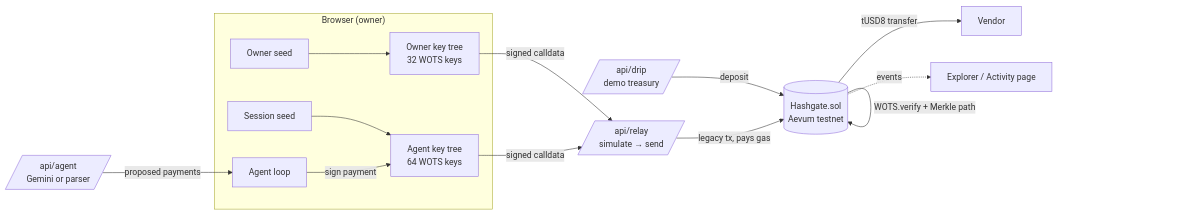
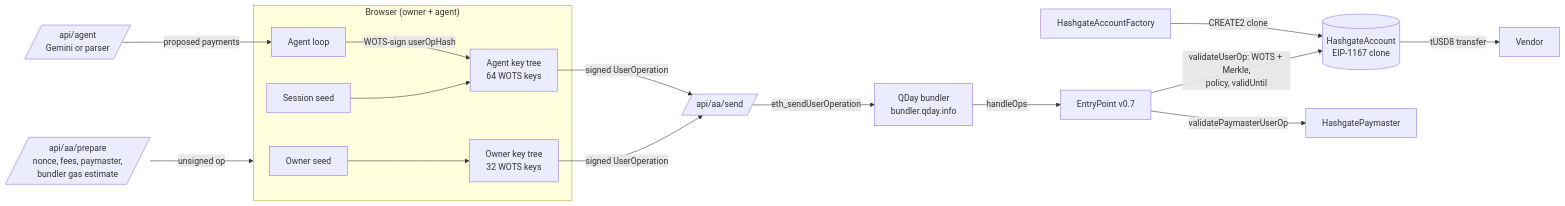
One commit to vibhanshu-s/hashgate changed the first of 2 diagrams in README.md. Above: the diagram before and after it, drawn with Mermaid. The commit also changed other lines of this file and 2 other files, not shown here.

````diff
--- a/README.md
+++ b/README.md
@@ -51,16 +59,18 @@
 ```mermaid
 flowchart LR
-  subgraph Browser["Browser (owner)"]
+  subgraph Browser["Browser (owner + agent)"]
     OS[Owner seed] --> OT[Owner key tree<br/>32 WOTS keys]
     AS[Session seed] --> AT[Agent key tree<br/>64 WOTS keys]
-    AG[Agent loop] -->|sign payment| AT
+    AG[Agent loop] -->|WOTS-sign userOpHash| AT
   end
   LLM[/api/agent<br/>Gemini or parser/] -->|proposed payments| AG
-  OT -->|signed calldata| R[/api/relay<br/>simulate → send/]
-  AT -->|signed calldata| R
-  D[/api/drip<br/>demo treasury/] -->|deposit| HG
-  R -->|legacy tx, pays gas| HG[(Hashgate.sol<br/>Aevum testnet)]
-  HG -->|WOTS.verify + Merkle path| HG
-  HG -->|tUSD8 transfer| V[Vendor]
-  HG -. events .-> X[Explorer / Activity page]
+  P[/api/aa/prepare<br/>nonce, fees, paymaster,<br/>bundler gas estimate/] -->|unsigned op| Browser
+  OT -->|signed UserOperation| S[/api/aa/send/]
+  AT -->|signed UserOperation| S
+  S -->|eth_sendUserOperation| B[QDay bundler<br/>bundler.qday.info]
+  B -->|handleOps| EP[EntryPoint v0.7]
+  EP -->|validateUserOp: WOTS + Merkle,<br/>policy, validUntil| A[(HashgateAccount<br/>EIP-1167 clone)]
+  EP -->|validatePaymasterUserOp| PM[HashgatePaymaster]
+  A -->|tUSD8 transfer| V[Vendor]
+  F[HashgateAccountFactory] -->|CREATE2 clone| A
 ```
````
